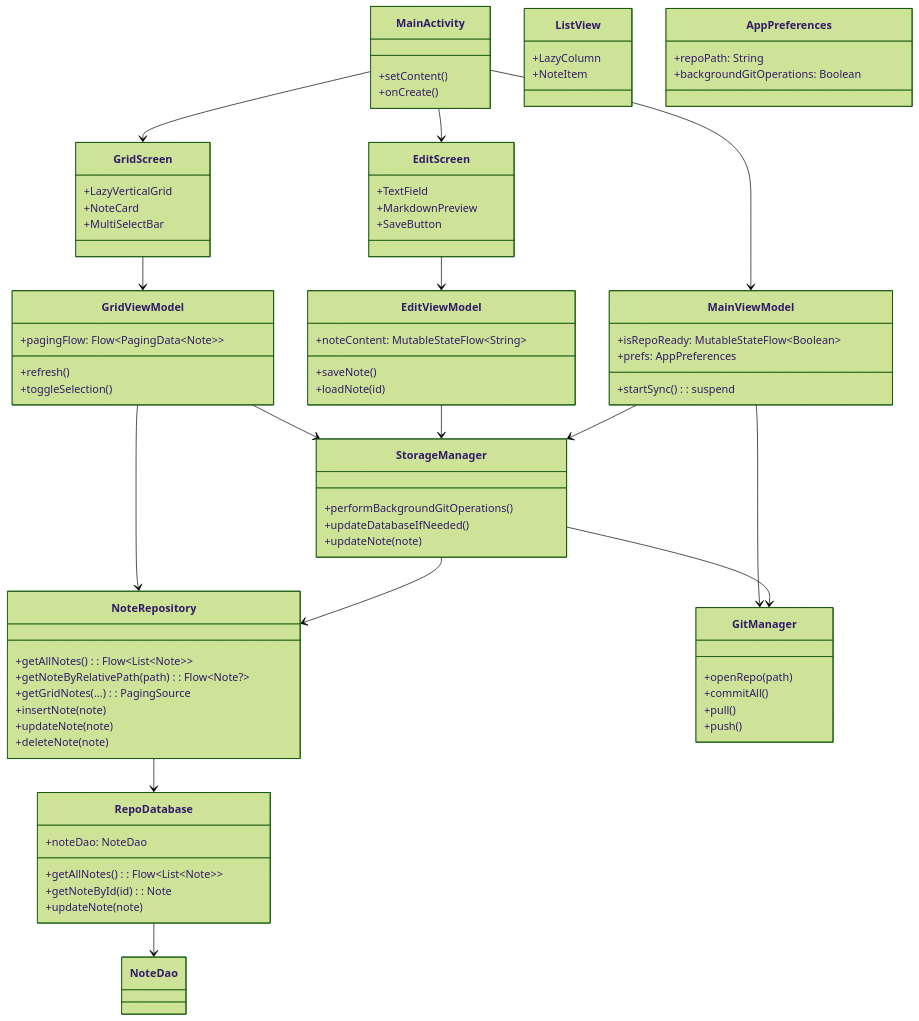
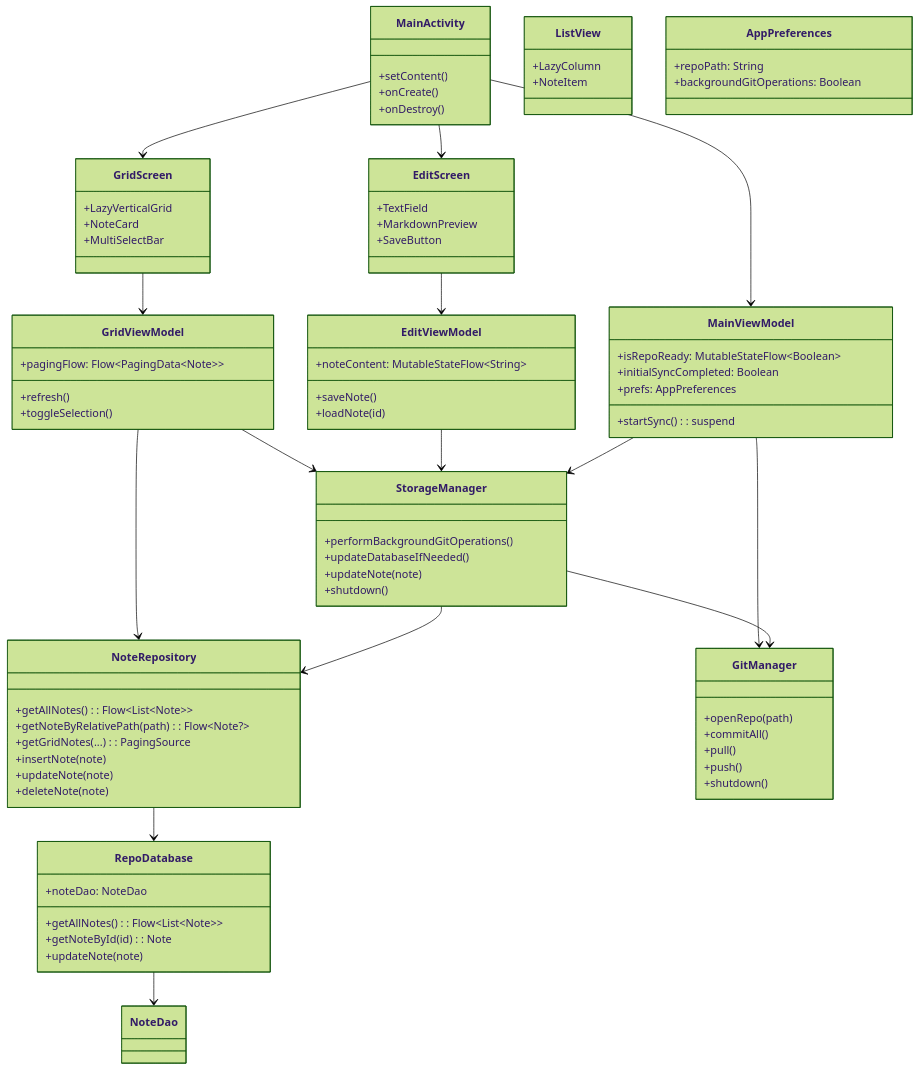
Before and after one commit to christianjann/gitnote: the first of 2 diagrams in doc/design/app_architecture.md, drawn with Mermaid (forest theme). The commit also changed other lines of this file, not shown here.

Commit message:
Updated app architecture doc

```diff
--- a/doc/design/app_architecture.md
+++ b/doc/design/app_architecture.md
@@ -34,10 +34,12 @@
     class MainActivity {
         +setContent()
         +onCreate()
+        +onDestroy()
     }
     class MainViewModel {
         +isRepoReady: MutableStateFlow~Boolean~
         +startSync(): suspend
+        +initialSyncCompleted: Boolean
         +prefs: AppPreferences
     }
     class GridViewModel {
@@ -76,12 +78,14 @@
         +performBackgroundGitOperations()
         +updateDatabaseIfNeeded()
         +updateNote(note)
+        +shutdown()
     }
     class GitManager {
         +openRepo(path)
         +commitAll()
         +pull()
         +push()
+        +shutdown()
     }
     class RepoDatabase {
         +noteDao: NoteDao
```
